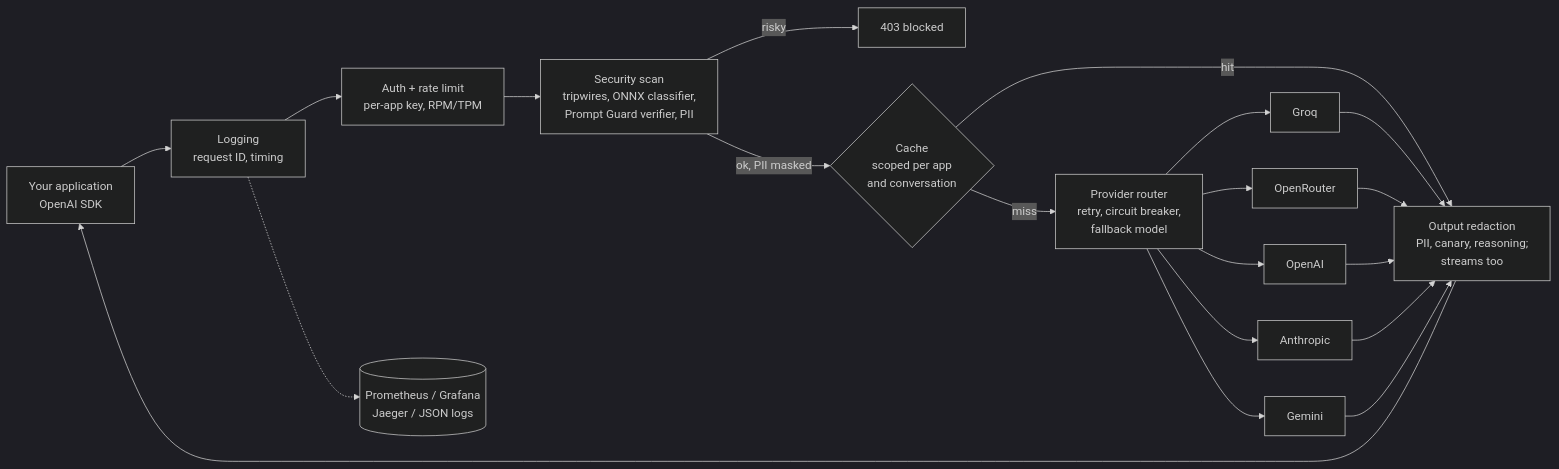
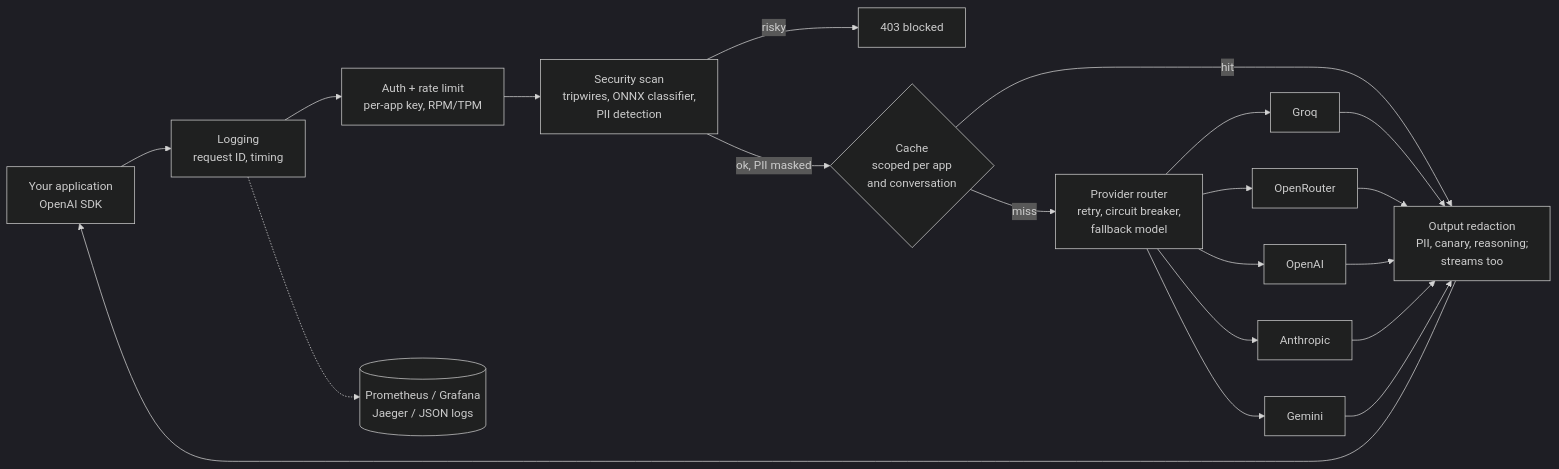
The diagram in README.MD (sunjinwoo1298/AI_Guardrail), drawn with Mermaid (dark theme) before and after one commit. The commit also changed other lines of this file and 13 other files, not shown here.

````diff
--- a/README.MD
+++ b/README.MD
@@ -59,14 +60,14 @@
 ```mermaid
 flowchart LR
     App[Your application<br/>OpenAI SDK] --> Log[Logging<br/>request ID, timing]
     Log --> Auth[Auth + rate limit<br/>per-app key, RPM/TPM]
-    Auth --> Sec[Security scan<br/>tripwires, ONNX classifier,<br/>Prompt Guard verifier, PII]
+    Auth --> Sec[Security scan<br/>tripwires, ONNX classifier,<br/>PII detection]
     Sec -- risky --> Block[403 blocked]
     Sec -- ok, PII masked --> Cache{Cache<br/>scoped per app<br/>and conversation}
     Cache -- hit --> Out
     Cache -- miss --> Router[Provider router<br/>retry, circuit breaker,<br/>fallback model]
     Router --> Groq & OpenRouter & OpenAI & Anthropic & Gemini
     Groq & OpenRouter & OpenAI & Anthropic & Gemini --> Out[Output redaction<br/>PII, canary, reasoning;<br/>streams too]
     Out --> App
     Log -.-> Obs[(Prometheus / Grafana<br/>Jaeger / JSON logs)]
 ```
````
